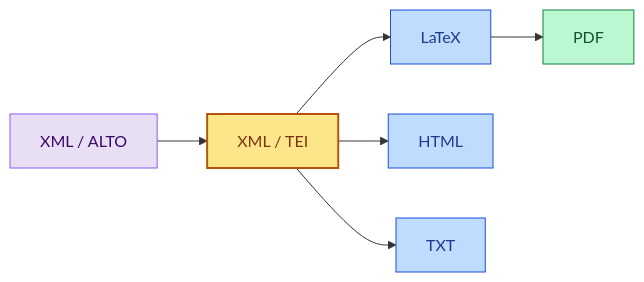
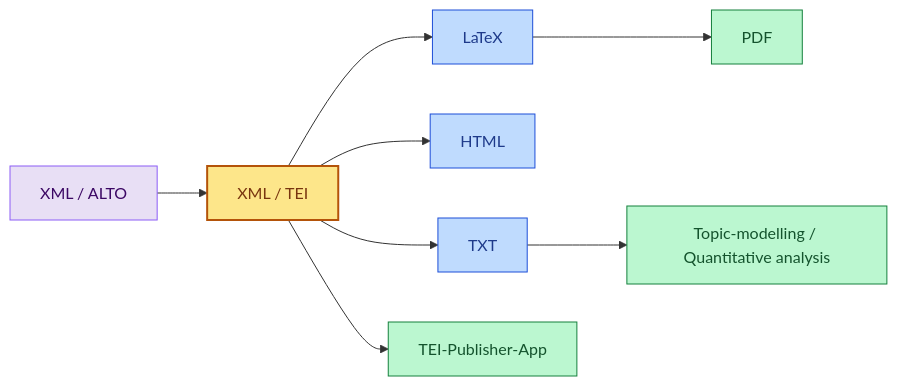
Before and after one commit to RRP-Reading-the-Sources-DH/Documentations: the first of 2 diagrams in README.md, drawn with Mermaid.

````diff
--- a/README.md
+++ b/README.md
@@ -17,13 +17,14 @@
 ```mermaid
 flowchart LR
     A["XML / ALTO"]:::source --> B["XML / TEI"]:::core
     B --> C["LaTeX"]:::format
     B --> D["HTML"]:::format
     B --> F["TXT"]:::format
+    B --> G["TEI-Publisher-App"]:::output
     C --> E["PDF"]:::output
-
+    F --> H["Topic-modelling / Quantitative analysis"]:::output
     classDef source fill:#E8DFF5,stroke:#8B5CF6,stroke-width:1px,color:#3B0764
     classDef core fill:#FDE68A,stroke:#B45309,stroke-width:2px,color:#78350F
     classDef format fill:#BFDBFE,stroke:#1D4ED8,stroke-width:1px,color:#1E3A8A
     classDef output fill:#BBF7D0,stroke:#15803D,stroke-width:1px,color:#14532D
 ```
````
